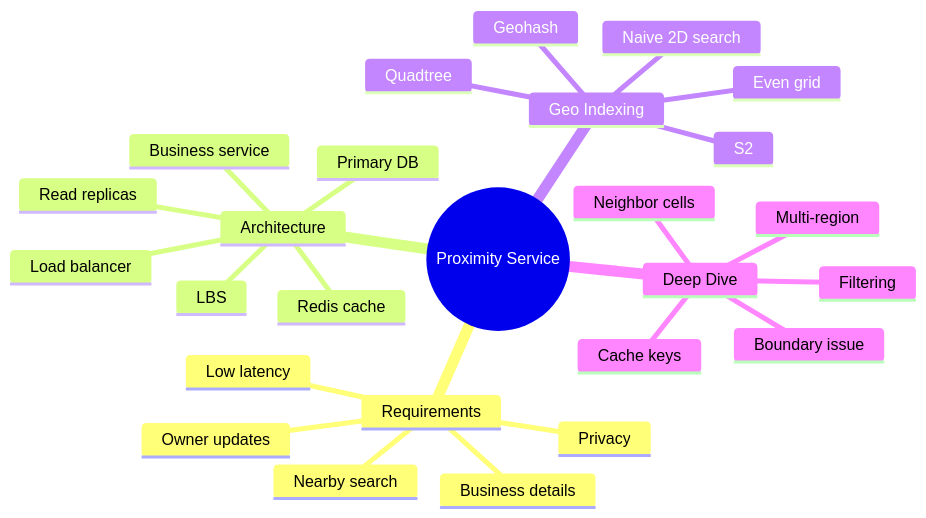
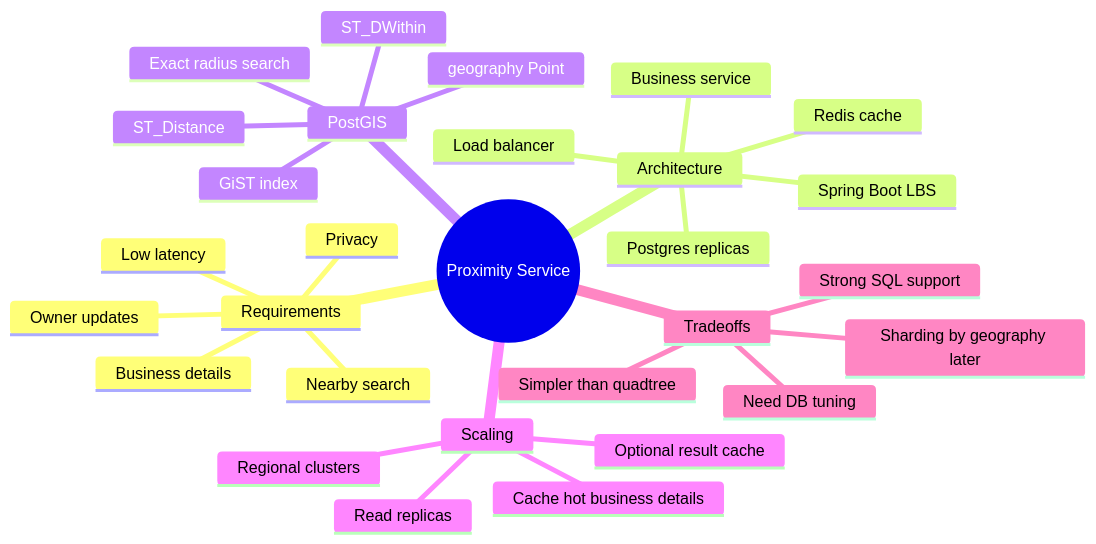
Diagram 16 of 17 in HLD_NOTES/004_INTERVIEW_PROBLEMS/013_proximity_service_visual_notes.md (mthaiseer/springcloud-systemdesign-notes), drawn with Mermaid before and after one commit. The commit also changed other lines of this file and 1 other file, not shown here.

````diff
--- a/HLD_NOTES/004_INTERVIEW_PROBLEMS/013_proximity_service_visual_notes.md
+++ b/HLD_NOTES/004_INTERVIEW_PROBLEMS/013_proximity_service_visual_notes.md
@@ -736,29 +828,32 @@
 ```mermaid
 mindmap
   root((Proximity Service))
     Requirements
       Nearby search
       Business details
       Owner updates
       Low latency
       Privacy
     Architecture
       Load balancer
-      LBS
+      Spring Boot LBS
       Business service
-      Primary DB
+      Redis cache
+      Postgres replicas
+    PostGIS
+      geography Point
+      GiST index
+      ST_DWithin
+      ST_Distance
+      Exact radius search
+    Scaling
       Read replicas
-      Redis cache
-    Geo Indexing
-      Naive 2D search
-      Even grid
-      Geohash
-      Quadtree
-      S2
-    Deep Dive
-      Cache keys
-      Neighbor cells
-      Boundary issue
-      Multi-region
-      Filtering
+      Regional clusters
+      Cache hot business details
+      Optional result cache
+    Tradeoffs
+      Simpler than quadtree
+      Strong SQL support
+      Need DB tuning
+      Sharding by geography later
 ```
````
